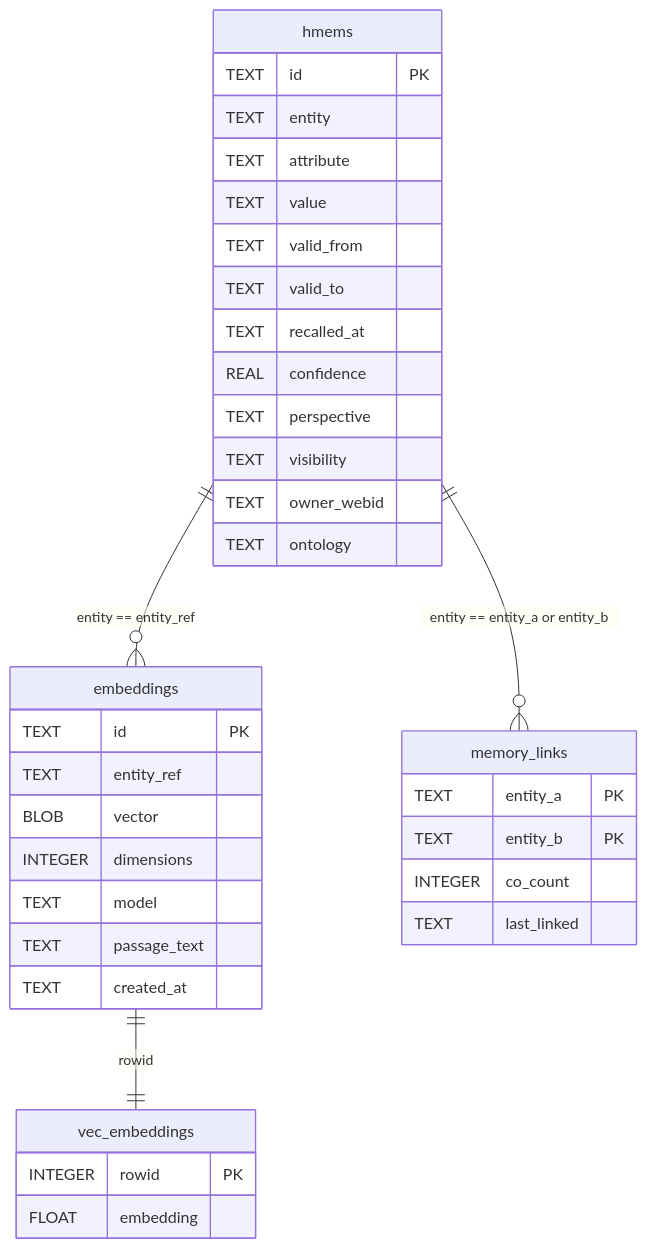
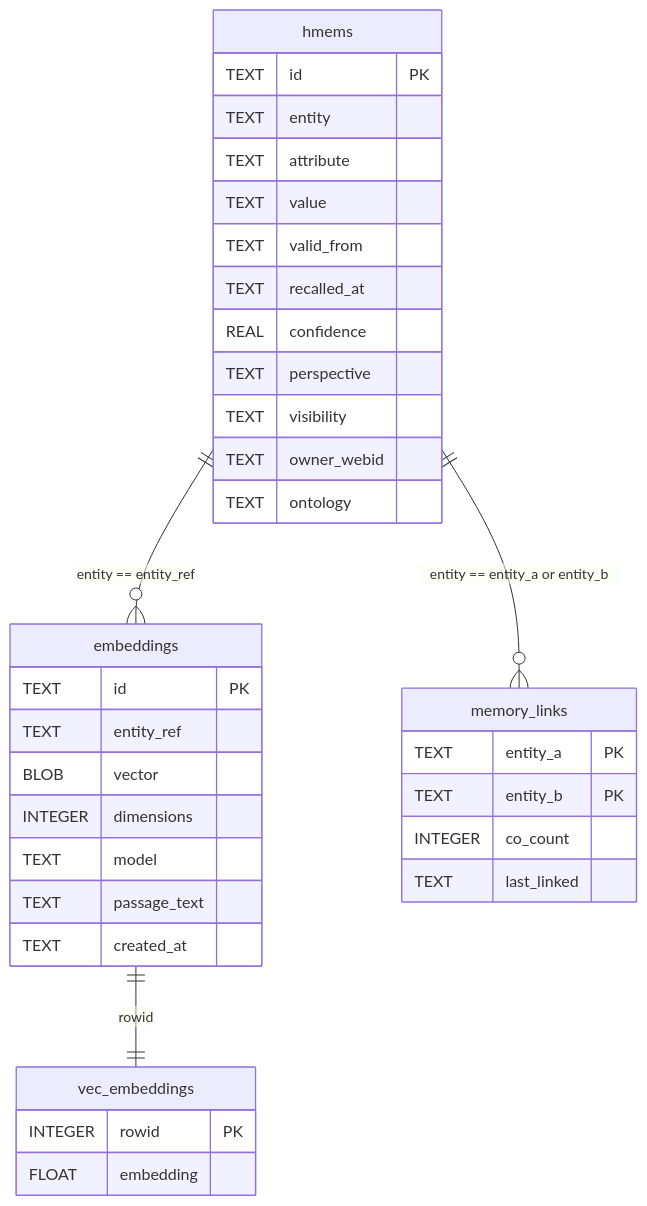
The second of 6 diagrams in kask/docs/architecture/memory-system-specification.md (mdz-axo/zed-kask), drawn with Mermaid before and after one commit. The commit also changed other lines of this file and 22 other files, not shown here.

````diff
--- a/kask/docs/architecture/memory-system-specification.md
+++ b/kask/docs/architecture/memory-system-specification.md
@@ -233,40 +233,40 @@
 ```mermaid
 erDiagram
     hmems ||--o{ embeddings : "entity == entity_ref"
     embeddings ||--|| vec_embeddings : "rowid"
     hmems ||--o{ memory_links : "entity == entity_a or entity_b"
 
     hmems {
         TEXT id PK
         TEXT entity
         TEXT attribute
         TEXT value
         TEXT valid_from
-        TEXT valid_to
+
         TEXT recalled_at
         REAL confidence
         TEXT perspective
         TEXT visibility
         TEXT owner_webid
         TEXT ontology
     }
     embeddings {
         TEXT id PK
         TEXT entity_ref
         BLOB vector
         INTEGER dimensions
         TEXT model
         TEXT passage_text
         TEXT created_at
     }
     vec_embeddings {
         INTEGER rowid PK
         FLOAT embedding
     }
     memory_links {
         TEXT entity_a PK
         TEXT entity_b PK
         INTEGER co_count
         TEXT last_linked
     }
 ```
````
